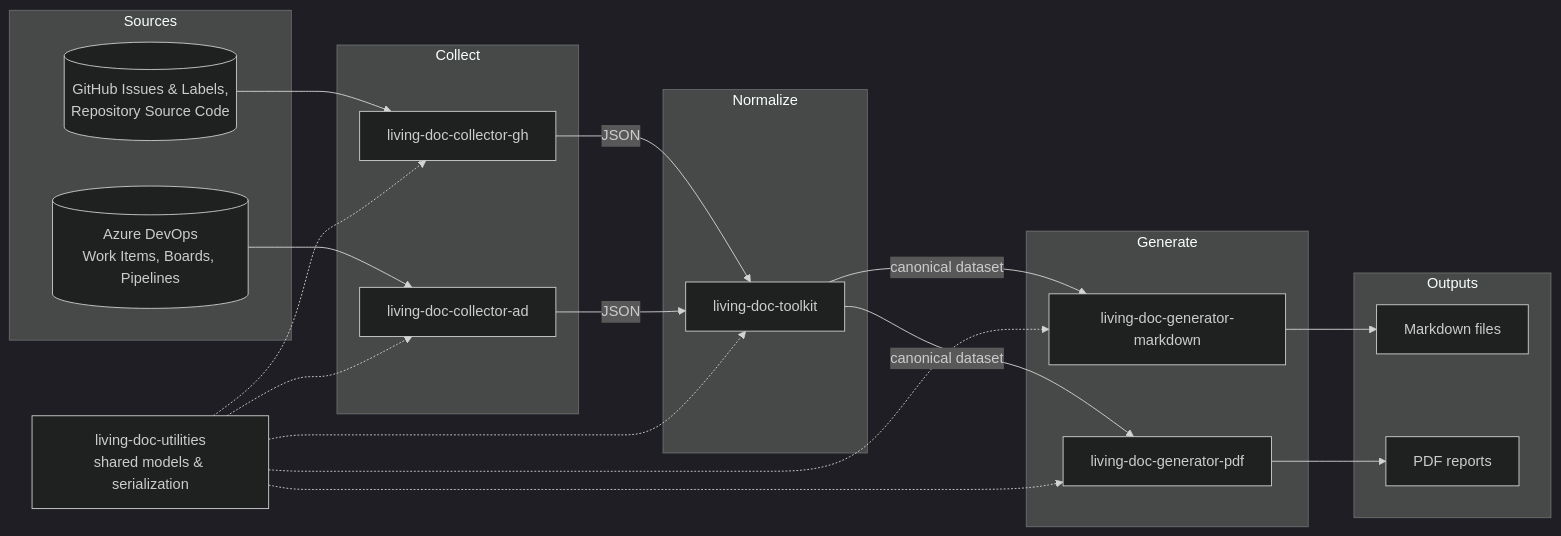
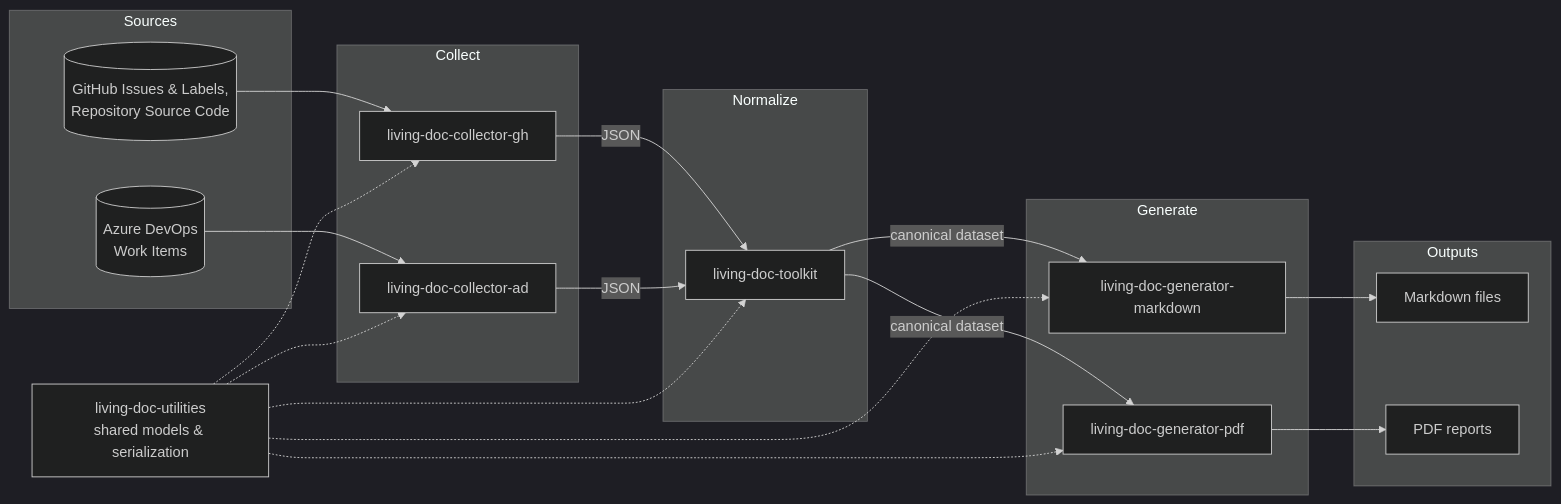
Before and after one commit to AbsaOSS/living-doc: the first of 2 diagrams in docs/introduction/architecture.md, drawn with Mermaid (dark theme). The commit also changed other lines of this file and 22 other files, not shown here.

````diff
--- a/docs/introduction/architecture.md
+++ b/docs/introduction/architecture.md
@@ -7,40 +7,40 @@
 ```mermaid
 flowchart LR
     subgraph Sources
         GH[(GitHub Issues & Labels,<br/>Repository Source Code)]
-        AD[(Azure DevOps<br/>Work Items, Boards, Pipelines)]
+        AD[(Azure DevOps<br/>Work Items)]
     end
 
     subgraph Collect
         CGH[living-doc-collector-gh]
         CAD[living-doc-collector-ad]
     end
 
     subgraph Normalize
         TK[living-doc-toolkit]
     end
 
     subgraph Generate
         GM[living-doc-generator-markdown]
         GPDF[living-doc-generator-pdf]
     end
 
     subgraph Outputs
         OM[Markdown files]
         OPDF[PDF reports]
     end
 
     GH --> CGH
     AD --> CAD
     CGH -- JSON --> TK
     CAD -- JSON --> TK
     TK -- canonical dataset --> GM --> OM
     TK -- canonical dataset --> GPDF --> OPDF
 
     UTIL[living-doc-utilities<br/>shared models & serialization]
     UTIL -.-> CGH
     UTIL -.-> CAD
     UTIL -.-> TK
     UTIL -.-> GM
     UTIL -.-> GPDF
 ```
````
